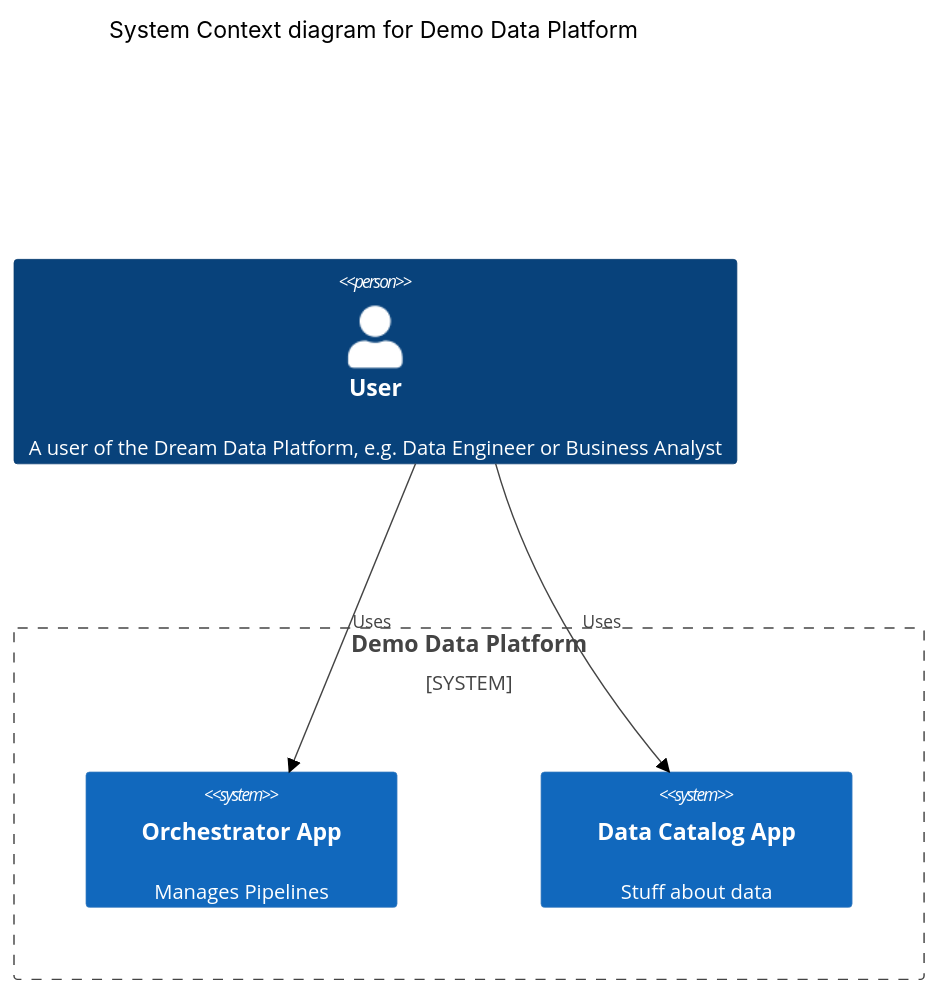
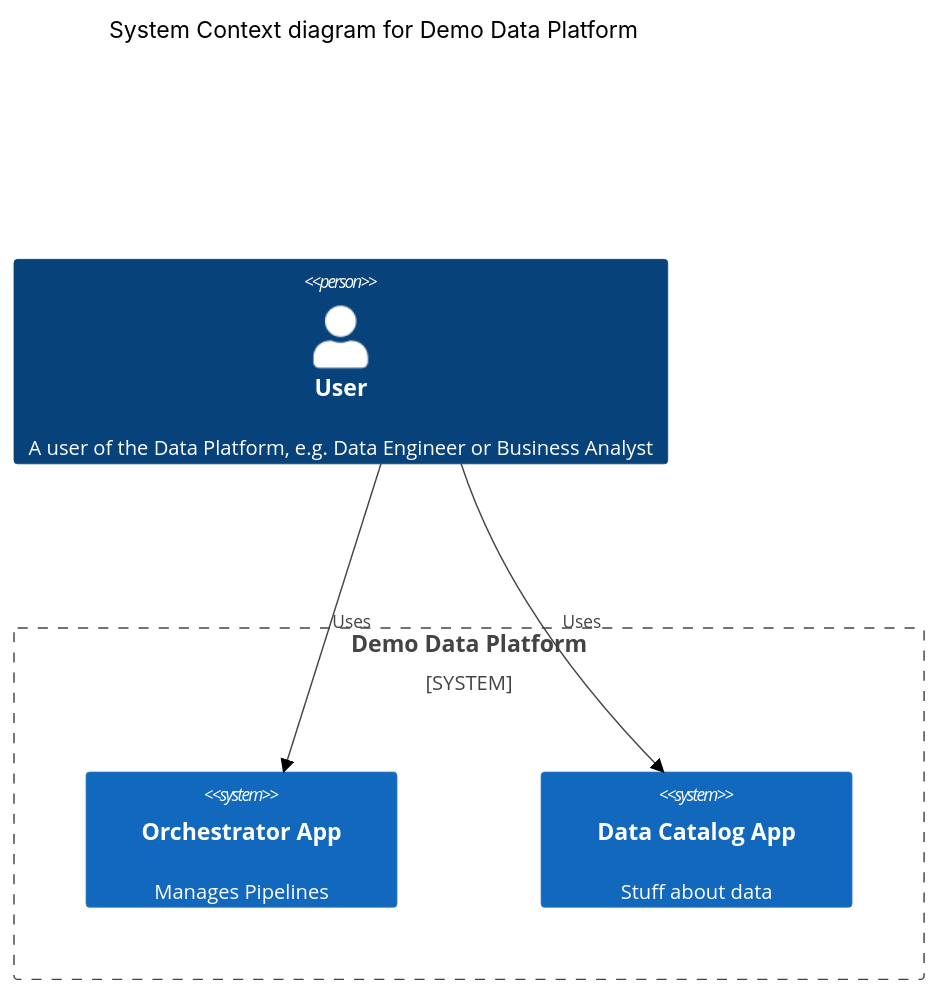
One commit to legomb/cookiecutter-template-architecture changed the third of 6 diagrams in {{cookiecutter.new_directory_name}}/{{cookiecutter.markdown_file_name}}.md. Above: the diagram before and after it, drawn with Mermaid (forest theme). The commit also changed other lines of this file, not shown here.

````diff
--- a/{{cookiecutter.new_directory_name}}/{{cookiecutter.markdown_file_name}}.md
+++ b/{{cookiecutter.new_directory_name}}/{{cookiecutter.markdown_file_name}}.md
@@ -58,16 +58,16 @@
 ```mermaid
 C4Context
 	title System Context diagram for Demo Data Platform
 
-	Person(personUser, "User", "A user of the Dream Data Platform, e.g. Data Engineer or Business Analyst")
+	Person(personUser, "User", "A user of the Data Platform, e.g. Data Engineer or Business Analyst")
 
     System_Boundary(sbCI, "Demo Data Platform") {
 		System(SystemOrchestrator, "Orchestrator App", "Manages Pipelines")
 		System(SystemDataCatalog, "Data Catalog App", "Stuff about data")
 
 	}
 
     Rel(personUser, SystemOrchestrator, "Uses")
     Rel(personUser, SystemDataCatalog, "Uses")
 
 ```
````
